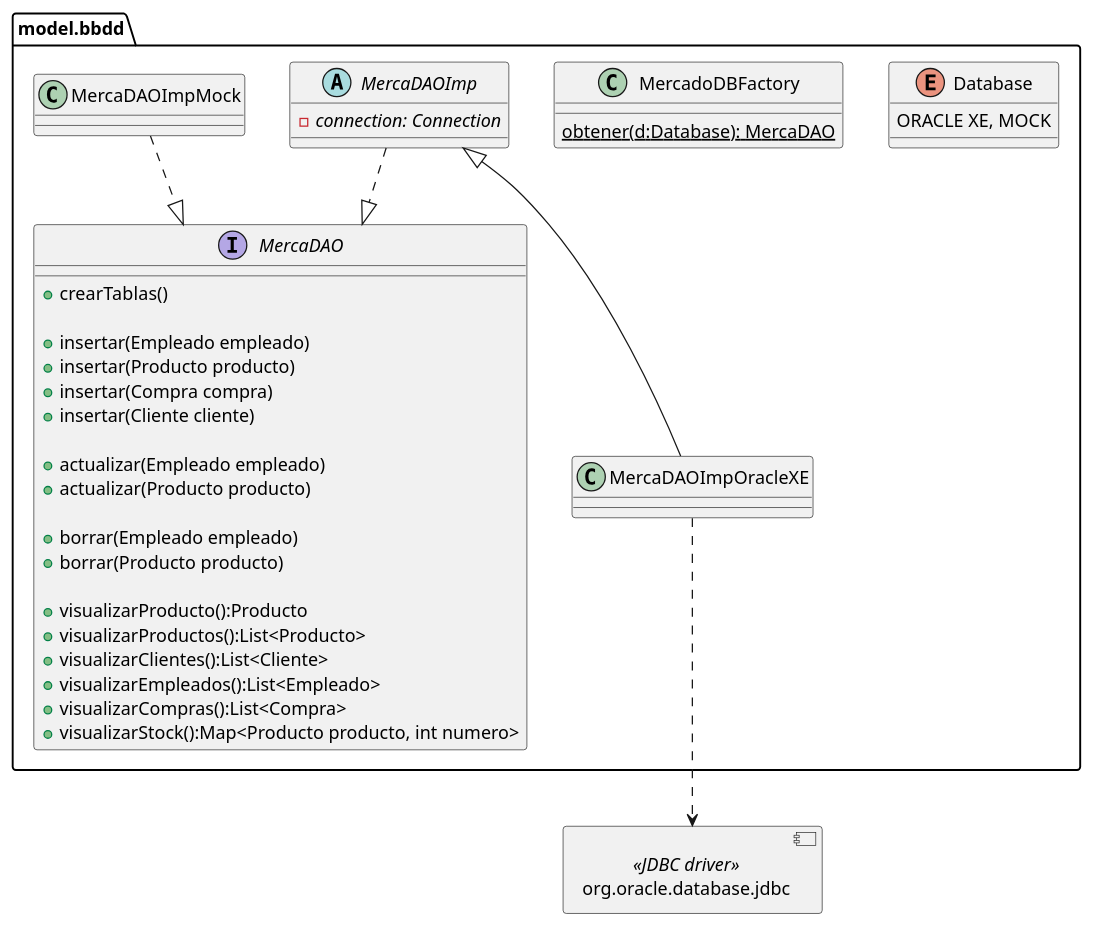
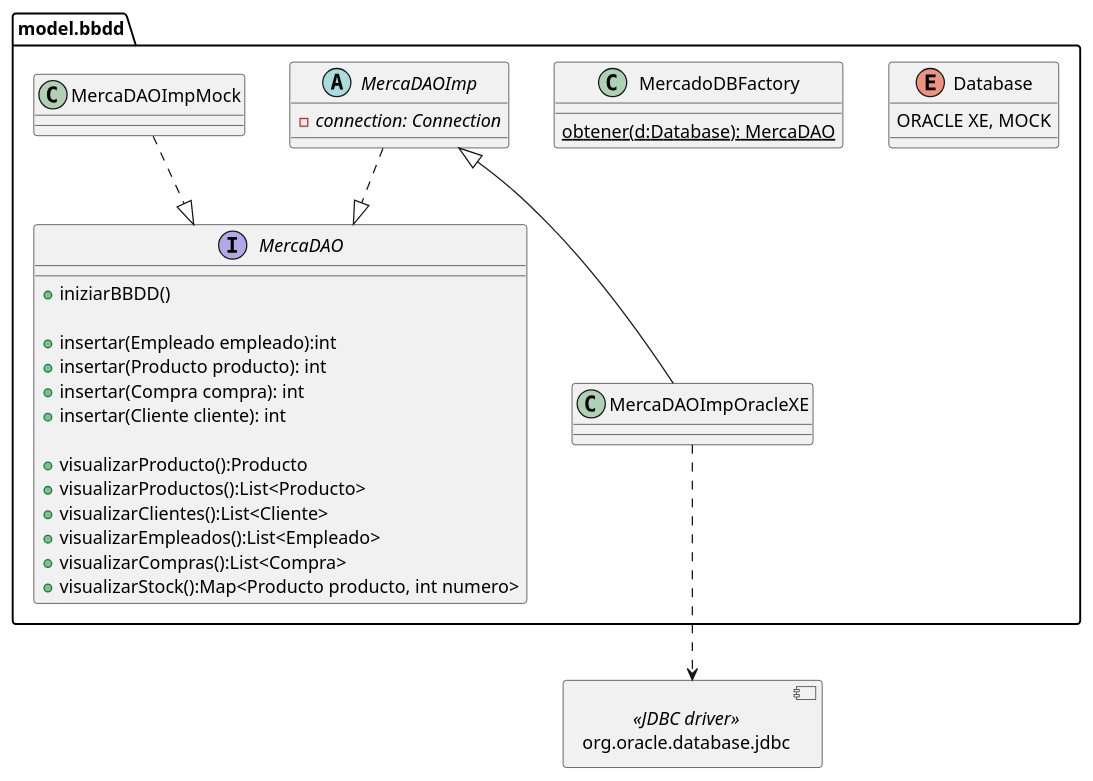
Before and after one commit to dmadcha/mercadaw_trabajo_ev3: the diagram in design/Clases/ClasesBBDD.pu, drawn with PlantUML. The commit also changed 1 other file, not shown here.

```diff
--- a/design/Clases/ClasesBBDD.pu
+++ b/design/Clases/ClasesBBDD.pu
@@ -1,57 +1,51 @@
 @startuml bbdd
 allow_mixing
 set separator none
 top to bottom direction
     package model.bbdd{
         enum Database{
             ORACLE XE, MOCK
         }
 
         interface MercaDAO{
-        + crearTablas()
+        + iniziarBBDD()
 
-        + insertar(Empleado empleado)
-        + insertar(Producto producto)
-        + insertar(Compra compra)
-        + insertar(Cliente cliente)
-
-        + actualizar(Empleado empleado)
-        + actualizar(Producto producto)
-        
-        + borrar(Empleado empleado)
-        + borrar(Producto producto)
+        + insertar(Empleado empleado):int
+        + insertar(Producto producto): int
+        + insertar(Compra compra): int
+        + insertar(Cliente cliente): int
         
         + visualizarProducto():Producto
         + visualizarProductos():List<Producto>
         + visualizarClientes():List<Cliente>
         + visualizarEmpleados():List<Empleado>
         + visualizarCompras():List<Compra>
         + visualizarStock():Map<Producto producto, int numero>
         }
 
         class MercadoDBFactory{
             {static} obtener(d:Database): MercaDAO
         }
 
         abstract MercaDAOImp {
             - {abstract} connection: Connection            
         }
 
         class MercaDAOImpMock{
 
         }
 
         class MercaDAOImpOracleXE{
             
         }
            
     }
 
     component org.oracle.database.jdbc <<JDBC driver>>
 
     MercaDAOImpOracleXE ..> org.oracle.database.jdbc
     MercaDAOImp <|-- MercaDAOImpOracleXE
     MercaDAOImp..|> MercaDAO
     MercaDAOImpMock..|> MercaDAO 
     
 @enduml
```
